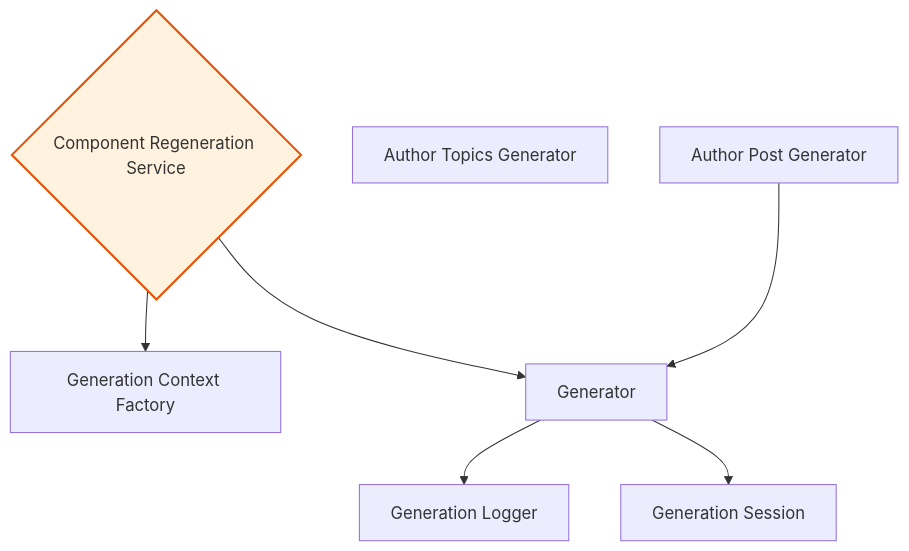
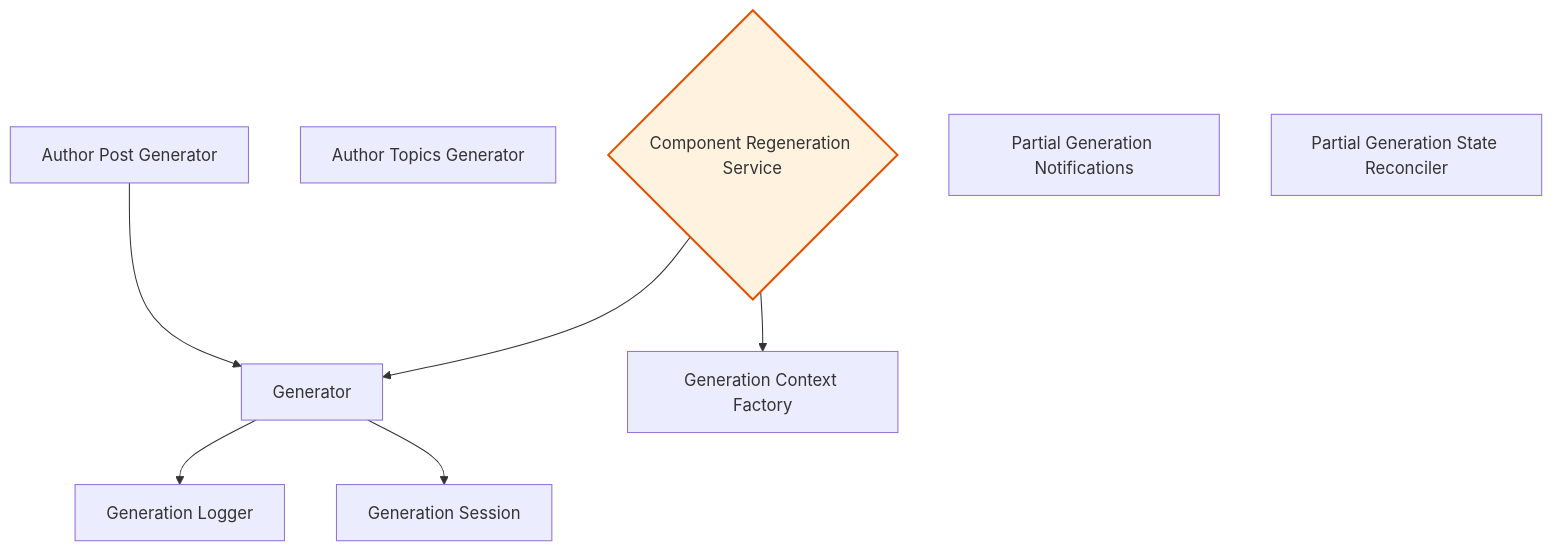
The second of 10 diagrams in docs/feature-report.md (rpnunez/wp-ai-scheduler), drawn with Mermaid before and after one commit. The commit also changed other lines of this file, not shown here.

````diff
--- a/docs/feature-report.md
+++ b/docs/feature-report.md
@@ -102,23 +104,25 @@
 ```mermaid
 flowchart TD
     %% Core Generation Architecture
 
     Author_Post_Generator["Author Post Generator"]
     Author_Topics_Generator["Author Topics Generator"]
     Component_Regeneration_Service{"Component Regeneration Service"}
     Generation_Context_Factory["Generation Context Factory"]
     Generation_Logger["Generation Logger"]
     Generation_Session["Generation Session"]
     Generator["Generator"]
+    Partial_Generation_Notifications["Partial Generation Notifications"]
+    Partial_Generation_State_Reconciler["Partial Generation State Reconciler"]
 
     Author_Post_Generator --> Generator
+    Component_Regeneration_Service --> Generator
     Component_Regeneration_Service --> Generation_Context_Factory
-    Component_Regeneration_Service --> Generator
     Generator --> Generation_Logger
     Generator --> Generation_Session
 
     classDef repository fill:#e1f5ff,stroke:#01579b,stroke-width:2px
     classDef service fill:#fff3e0,stroke:#e65100,stroke-width:2px
     classDef controller fill:#f3e5f5,stroke:#4a148c,stroke-width:2px
     class Component_Regeneration_Service service
 ```
````
